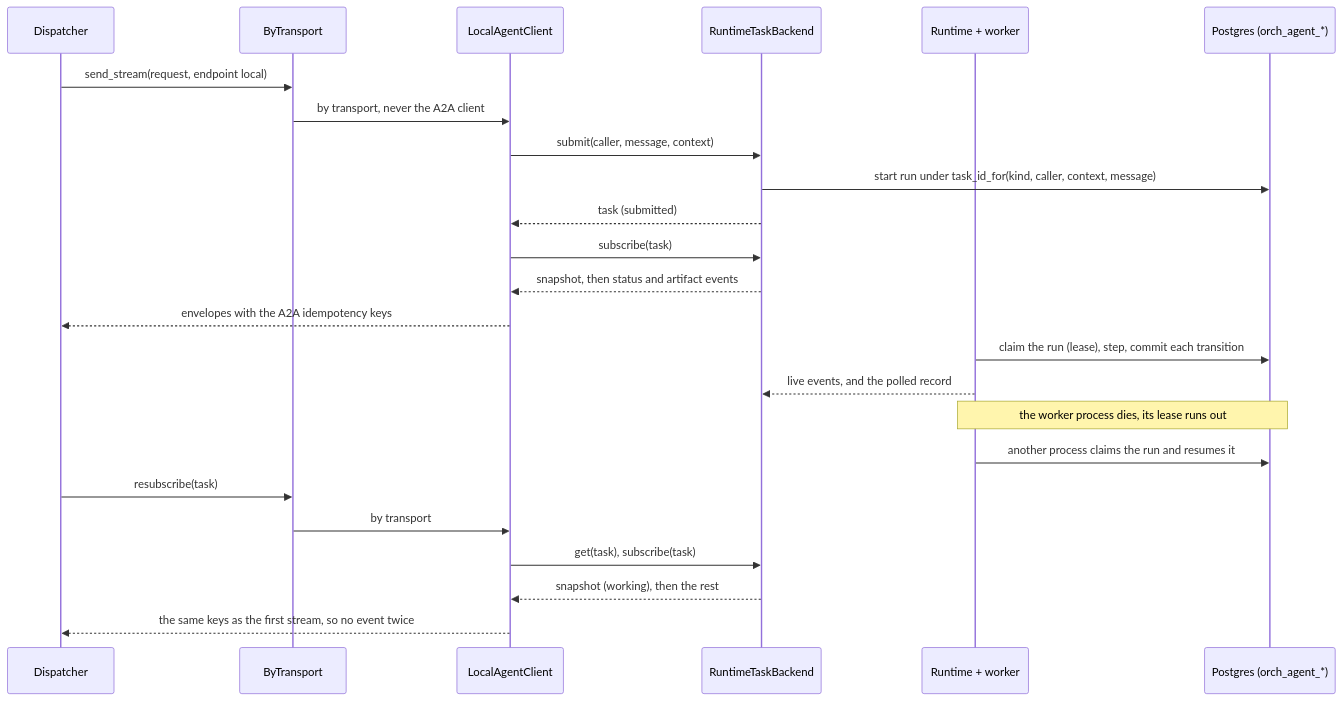
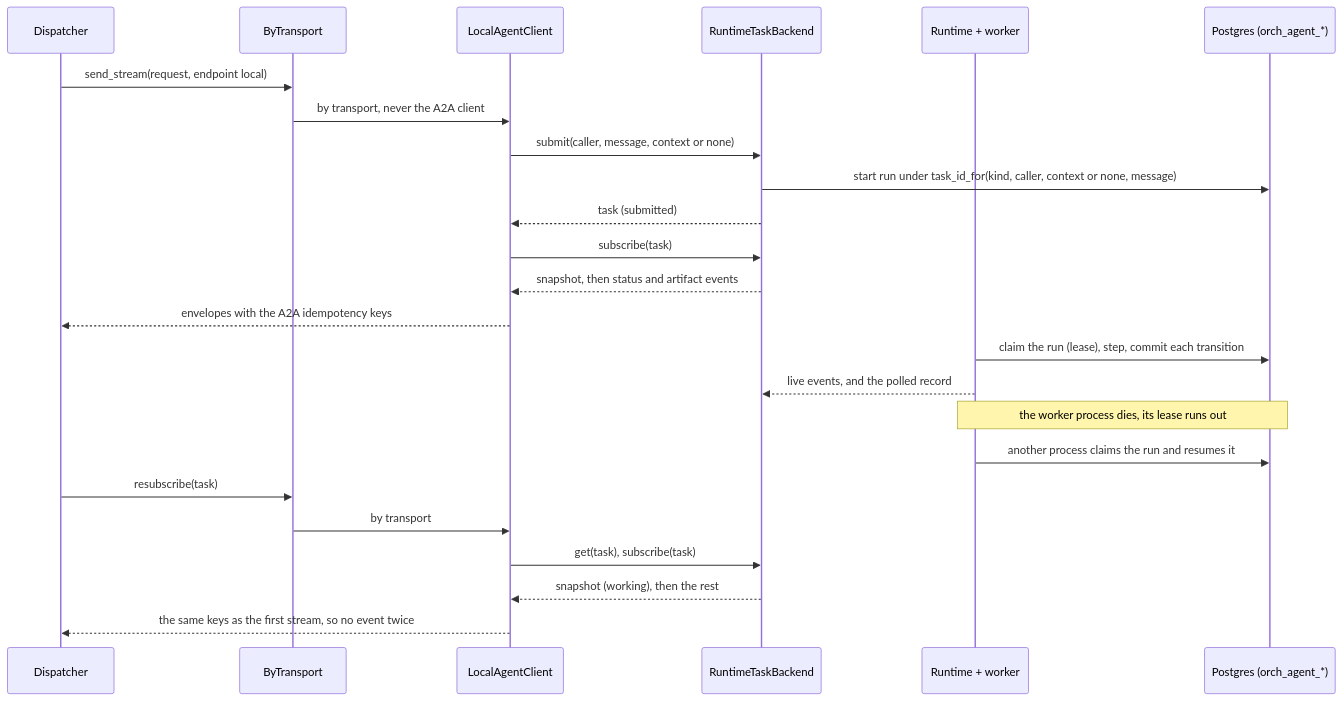
One commit to vymalo/another-agentic-system changed diagram 18 of 44 in docs/orchestrator.md. Above: the diagram before and after it, drawn with Mermaid. The commit also changed other lines of this file and 145 other files, not shown here.

````diff
--- a/docs/orchestrator.md
+++ b/docs/orchestrator.md
@@ -908,26 +916,26 @@
 ```mermaid
 sequenceDiagram
   participant D as Dispatcher
   participant B as ByTransport
   participant L as LocalAgentClient
   participant T as RuntimeTaskBackend
   participant R as Runtime + worker
   participant DB as Postgres (orch_agent_*)
   D->>B: send_stream(request, endpoint local)
   B->>L: by transport, never the A2A client
-  L->>T: submit(caller, message, context)
-  T->>DB: start run under task_id_for(kind, caller, context, message)
+  L->>T: submit(caller, message, context or none)
+  T->>DB: start run under task_id_for(kind, caller, context or none, message)
   T-->>L: task (submitted)
   L->>T: subscribe(task)
   T-->>L: snapshot, then status and artifact events
   L-->>D: envelopes with the A2A idempotency keys
   R->>DB: claim the run (lease), step, commit each transition
   R-->>T: live events, and the polled record
   Note over R,DB: the worker process dies, its lease runs out
   R->>DB: another process claims the run and resumes it
   D->>B: resubscribe(task)
   B->>L: by transport
   L->>T: get(task), subscribe(task)
   T-->>L: snapshot (working), then the rest
   L-->>D: the same keys as the first stream, so no event twice
 ```
````
